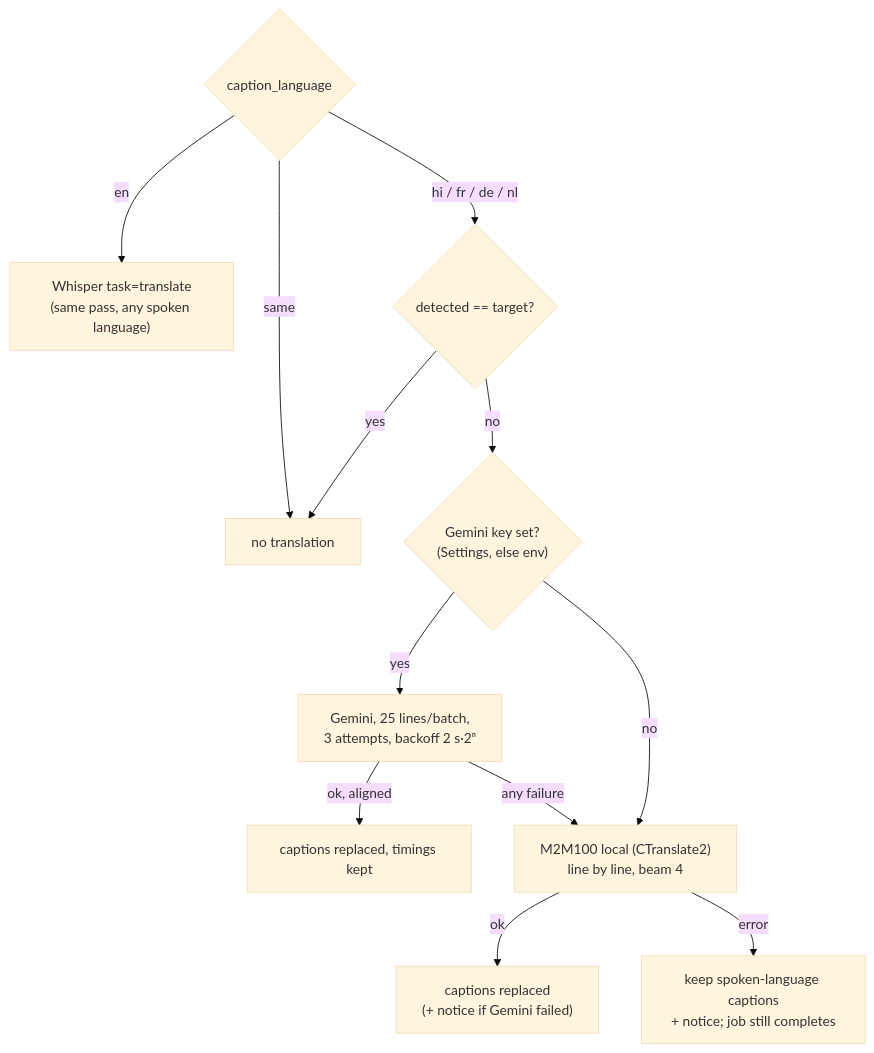
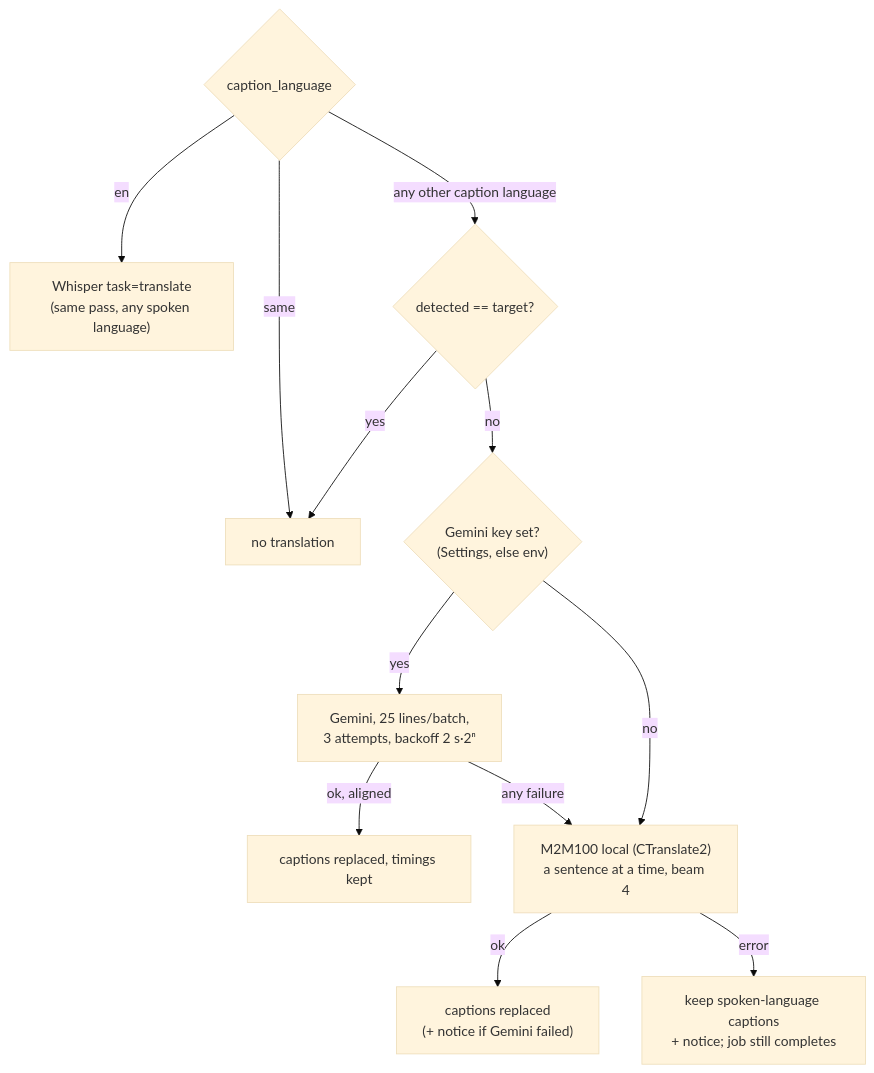
Before and after one commit to Tanush1206/Video-Caption-Maker: the third of 3 diagrams in docs/ARCHITECTURE.md, drawn with Mermaid (base theme). The commit also changed other lines of this file and 4 other files, not shown here.

````diff
--- a/docs/ARCHITECTURE.md
+++ b/docs/ARCHITECTURE.md
@@ -266,14 +284,14 @@
 ```mermaid
 flowchart TD
     S{"caption_language"} -->|same| N["no translation"]
     S -->|en| WT["Whisper task=translate<br/>(same pass, any spoken language)"]
-    S -->|"hi / fr / de / nl"| D{"detected == target?"}
+    S -->|"any other caption language"| D{"detected == target?"}
     D -->|yes| N
     D -->|no| K{"Gemini key set?<br/>(Settings, else env)"}
     K -->|yes| GM["Gemini, 25 lines/batch,<br/>3 attempts, backoff 2 s·2ⁿ"]
     GM -->|ok, aligned| OK["captions replaced, timings kept"]
     GM -->|any failure| L
-    K -->|no| L["M2M100 local (CTranslate2)<br/>line by line, beam 4"]
+    K -->|no| L["M2M100 local (CTranslate2)<br/>a sentence at a time, beam 4"]
     L -->|ok| OK2["captions replaced<br/>(+ notice if Gemini failed)"]
     L -->|error| KEEP["keep spoken-language captions<br/>+ notice; job still completes"]
 ```
````
